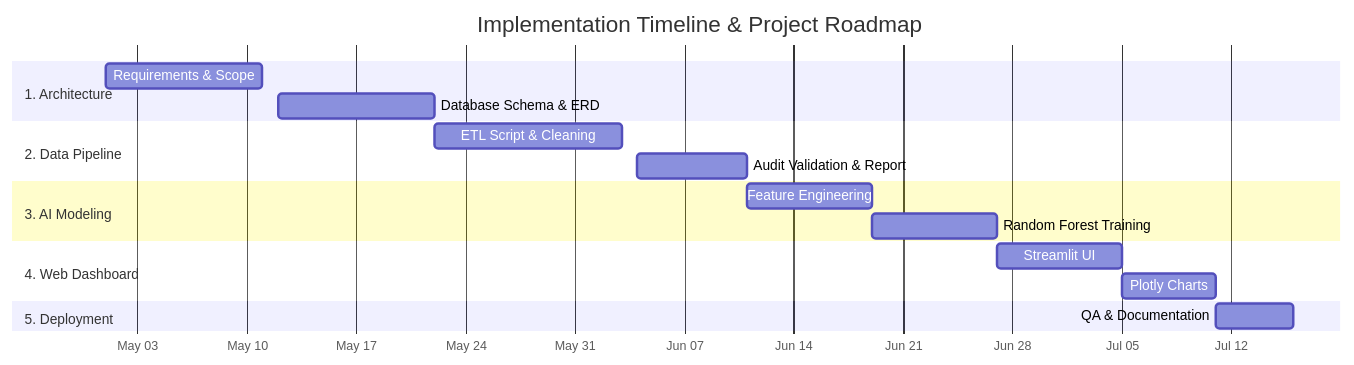
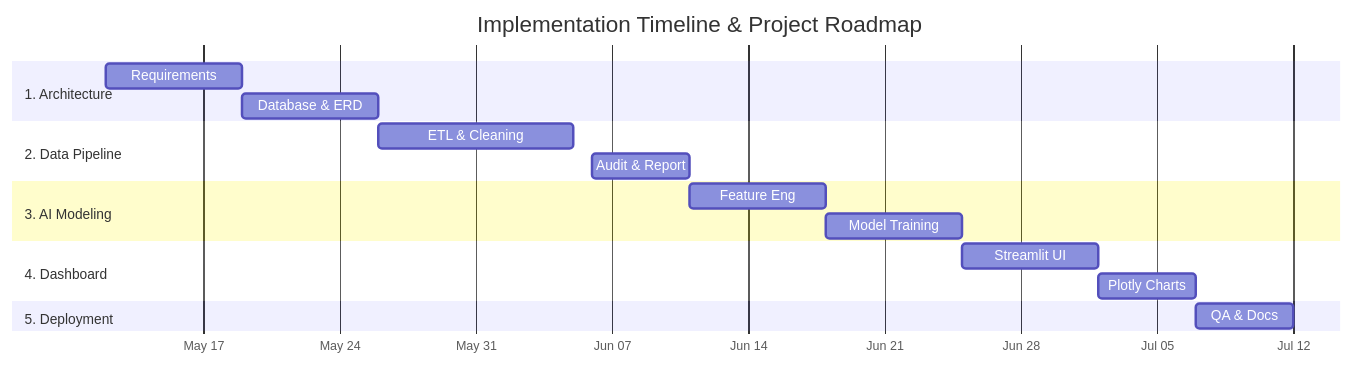
One commit to Huda-Amr/carbon-heist-mitigation changed the diagram in docs/01_Project_Proposal_and_Planning.md. Above: the diagram before and after it, drawn with Mermaid. The commit also changed 1 other file, not shown here.

Commit message:
Premium Word documentation with KPI cards, info boxes, status colors, and refined Gantt chart

````diff
--- a/docs/01_Project_Proposal_and_Planning.md
+++ b/docs/01_Project_Proposal_and_Planning.md
@@ -38,20 +38,20 @@
 ```mermaid
 gantt
     title Implementation Timeline & Project Roadmap
     dateFormat  YYYY-MM-DD
     axisFormat  %b %d
     section 1. Architecture
-    Requirements & Scope         :a1, 2026-05-01, 10d
-    Database Schema & ERD        :a2, 2026-05-12, 10d
+    Requirements            :a1, 2026-05-12, 7d
+    Database & ERD          :a2, 2026-05-19, 7d
     section 2. Data Pipeline
-    ETL Script & Cleaning        :b1, 2026-05-22, 12d
-    Audit Validation & Report    :b2, 2026-06-04, 7d
+    ETL & Cleaning          :b1, 2026-05-26, 10d
+    Audit & Report          :b2, 2026-06-06, 5d
     section 3. AI Modeling
-    Feature Engineering          :c1, 2026-06-11, 8d
-    Random Forest Training       :c2, 2026-06-19, 8d
-    section 4. Web Dashboard
-    Streamlit UI                 :d1, 2026-06-27, 8d
-    Plotly Charts                :d2, 2026-07-05, 6d
+    Feature Eng             :c1, 2026-06-11, 7d
+    Model Training          :c2, 2026-06-18, 7d
+    section 4. Dashboard
+    Streamlit UI            :d1, 2026-06-25, 7d
+    Plotly Charts           :d2, 2026-07-02, 5d
     section 5. Deployment
-    QA & Documentation           :e1, 2026-07-11, 5d
+    QA & Docs               :e1, 2026-07-07, 5d
 ```
````
